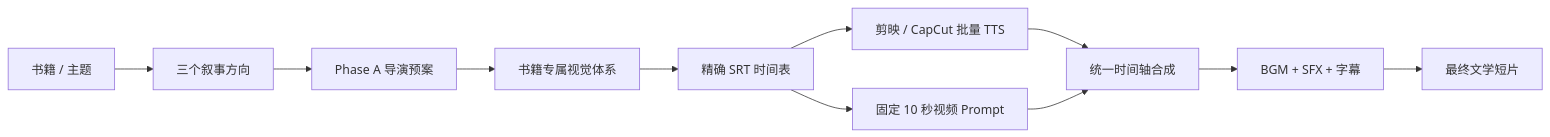
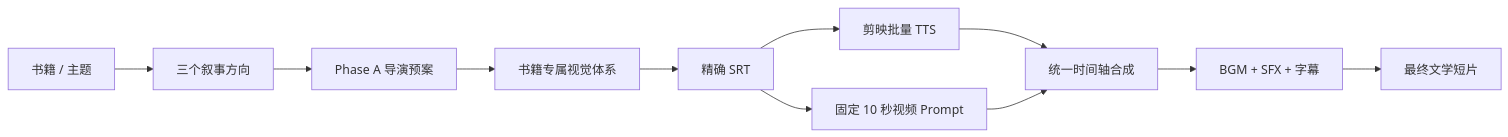
One commit to DT1354/book-shorts-director-skill changed the diagram in README.md. Above: the diagram before and after it, drawn with Mermaid. The commit also changed other lines of this file, not shown here.

````diff
--- a/README.md
+++ b/README.md
@@ -40,13 +40,13 @@
 ```mermaid
 flowchart LR
     A[书籍 / 主题] --> B[三个叙事方向]
     B --> C[Phase A 导演预案]
     C --> D[书籍专属视觉体系]
-    D --> E[精确 SRT 时间表]
-    E --> F[剪映 / CapCut 批量 TTS]
+    D --> E[精确 SRT]
+    E --> F[剪映批量 TTS]
     E --> G[固定 10 秒视频 Prompt]
     F --> H[统一时间轴合成]
     G --> H
     H --> I[BGM + SFX + 字幕]
     I --> J[最终文学短片]
 ```
````
